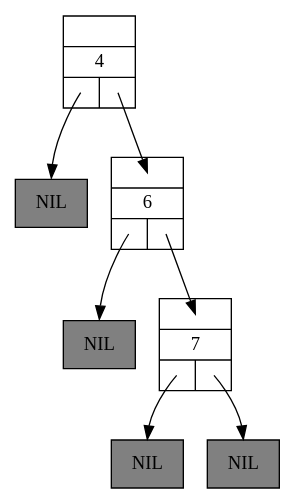
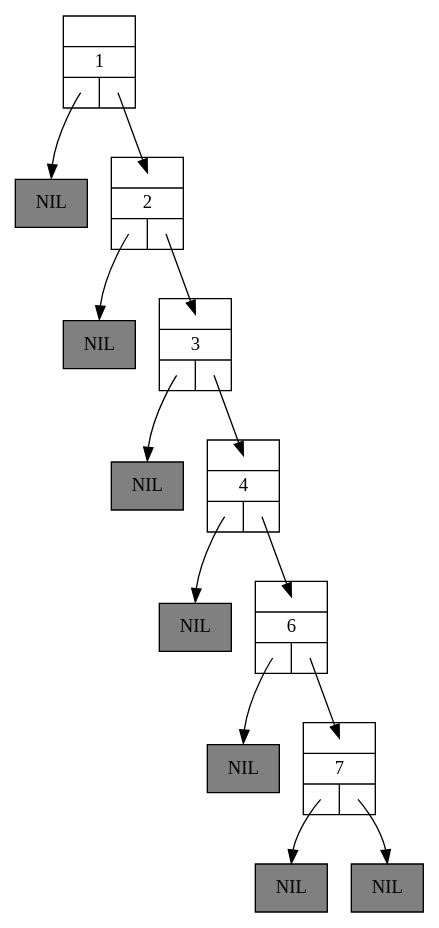
The diagram in cmake-build-debug/Tree-5.dot (Bjornieee/Algo3_TP5), drawn with Graphviz before and after one commit. The commit also changed 58 other files, not shown here.

```diff
--- a/cmake-build-debug/Tree-5.dot
+++ b/cmake-build-debug/Tree-5.dot
@@ -1,19 +1,31 @@
 digraph BinarySearchTree4 {
 	graph [ranksep=0.5];
 	node [shape = record];
 
+	n1 [label="{{<parent>}|1|{<left>|<right>}}"];
+	lnil1 [style=filled, fillcolor=grey, label="NIL"];
+	n1:left:c -> lnil1:n [headclip=false, tailclip=false]
+	n1:right:c -> n2:parent:c [headclip=false, tailclip=false]
+	n2 [label="{{<parent>}|2|{<left>|<right>}}"];
+	lnil2 [style=filled, fillcolor=grey, label="NIL"];
+	n2:left:c -> lnil2:n [headclip=false, tailclip=false]
+	n2:right:c -> n3:parent:c [headclip=false, tailclip=false]
+	n3 [label="{{<parent>}|3|{<left>|<right>}}"];
+	lnil3 [style=filled, fillcolor=grey, label="NIL"];
+	n3:left:c -> lnil3:n [headclip=false, tailclip=false]
+	n3:right:c -> n4:parent:c [headclip=false, tailclip=false]
 	n4 [label="{{<parent>}|4|{<left>|<right>}}"];
 	lnil4 [style=filled, fillcolor=grey, label="NIL"];
 	n4:left:c -> lnil4:n [headclip=false, tailclip=false]
 	n4:right:c -> n6:parent:c [headclip=false, tailclip=false]
 	n6 [label="{{<parent>}|6|{<left>|<right>}}"];
 	lnil6 [style=filled, fillcolor=grey, label="NIL"];
 	n6:left:c -> lnil6:n [headclip=false, tailclip=false]
 	n6:right:c -> n7:parent:c [headclip=false, tailclip=false]
 	n7 [label="{{<parent>}|7|{<left>|<right>}}"];
 	lnil7 [style=filled, fillcolor=grey, label="NIL"];
 	n7:left:c -> lnil7:n [headclip=false, tailclip=false]
 	rnil7 [style=filled, fillcolor=grey, label="NIL"];
 	n7:right:c -> rnil7:n [headclip=false, tailclip=false]
 
 }
```
